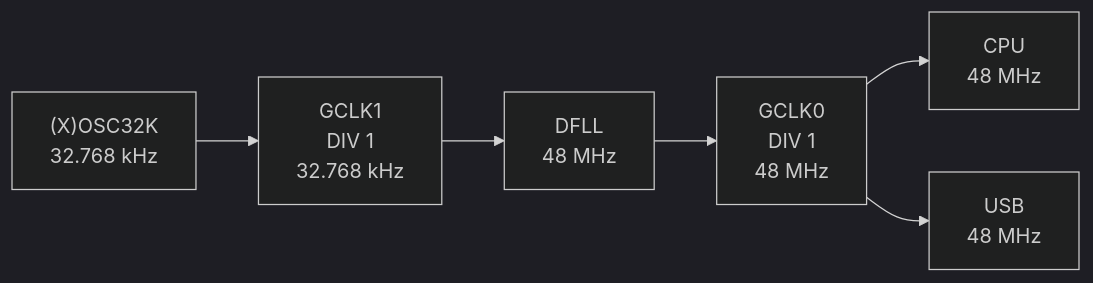
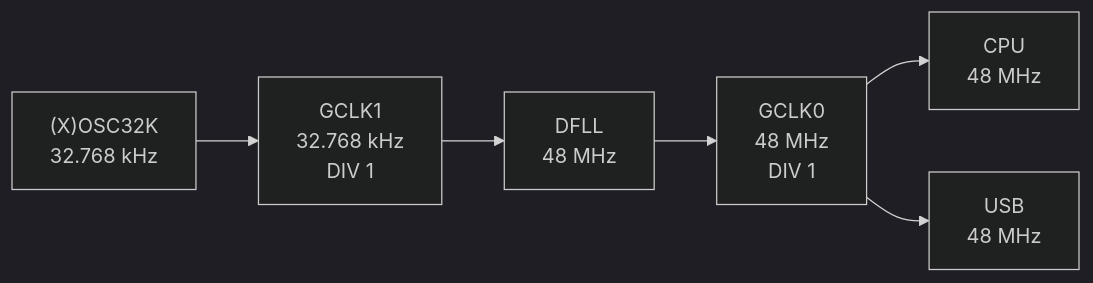
One commit to dojyorin/arduino_m0_tweak changed the second of 4 diagrams in README.md. Above: the diagram before and after it, drawn with Mermaid (dark theme). The commit also changed other lines of this file, not shown here.

````diff
--- a/README.md
+++ b/README.md
@@ -92,5 +113,5 @@
 ```mermaid
 flowchart LR
 
-OSC32K["(X)OSC32K\n32.768 kHz"] --> GCLK1["GCLK1\nDIV 1\n32.768 kHz"] --> DFLL["DFLL\n48 MHz"] --> GCLK0["GCLK0\nDIV 1\n48 MHz"] --> CPU["CPU\n48 MHz"] & USB["USB\n48 MHz"]
+OSC32K["(X)OSC32K\n32.768 kHz"] --> GCLK1["GCLK1\n32.768 kHz\nDIV 1"] --> DFLL["DFLL\n48 MHz"] --> GCLK0["GCLK0\n48 MHz\nDIV 1"] --> CPU["CPU\n48 MHz"] & USB["USB\n48 MHz"]
 ```
````
